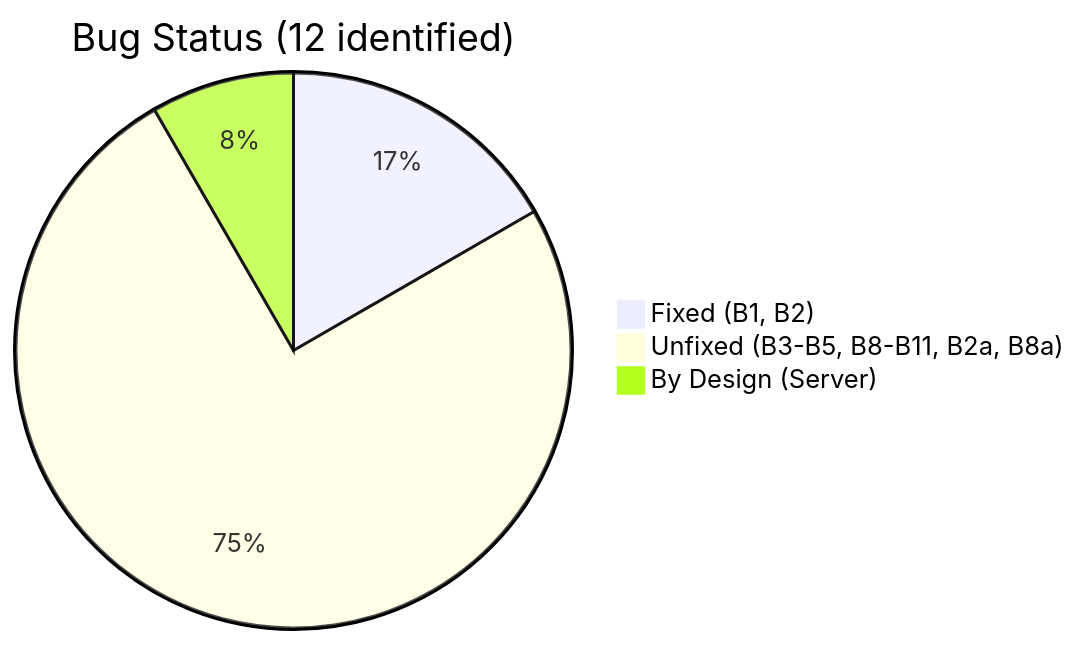
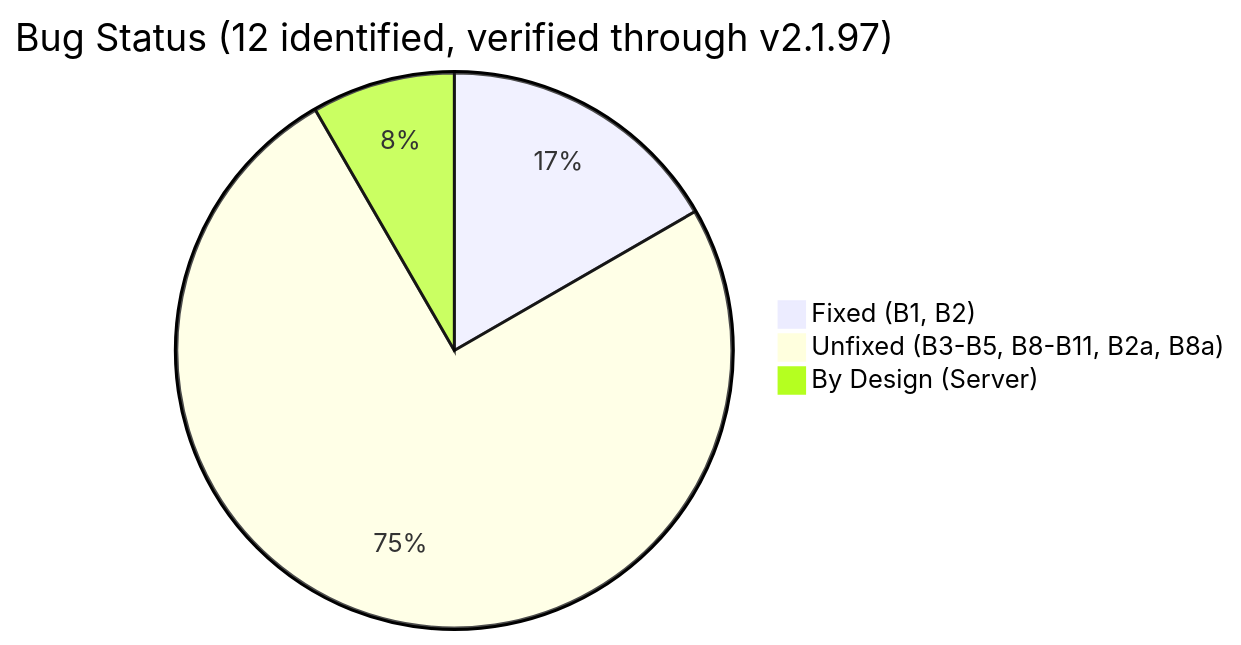
The diagram in README.md (ArkNill/claude-code-hidden-problem-analysis), drawn with Mermaid before and after one commit. The commit also changed other lines of this file and 3 other files, not shown here.

````diff
--- a/README.md
+++ b/README.md
@@ -62,6 +62,6 @@
 ```mermaid
-pie title Bug Status (12 identified)
+pie title Bug Status (12 identified, verified through v2.1.97)
     "Fixed (B1, B2)" : 2
     "Unfixed (B3-B5, B8-B11, B2a, B8a)" : 9
     "By Design (Server)" : 1
 ```
````
